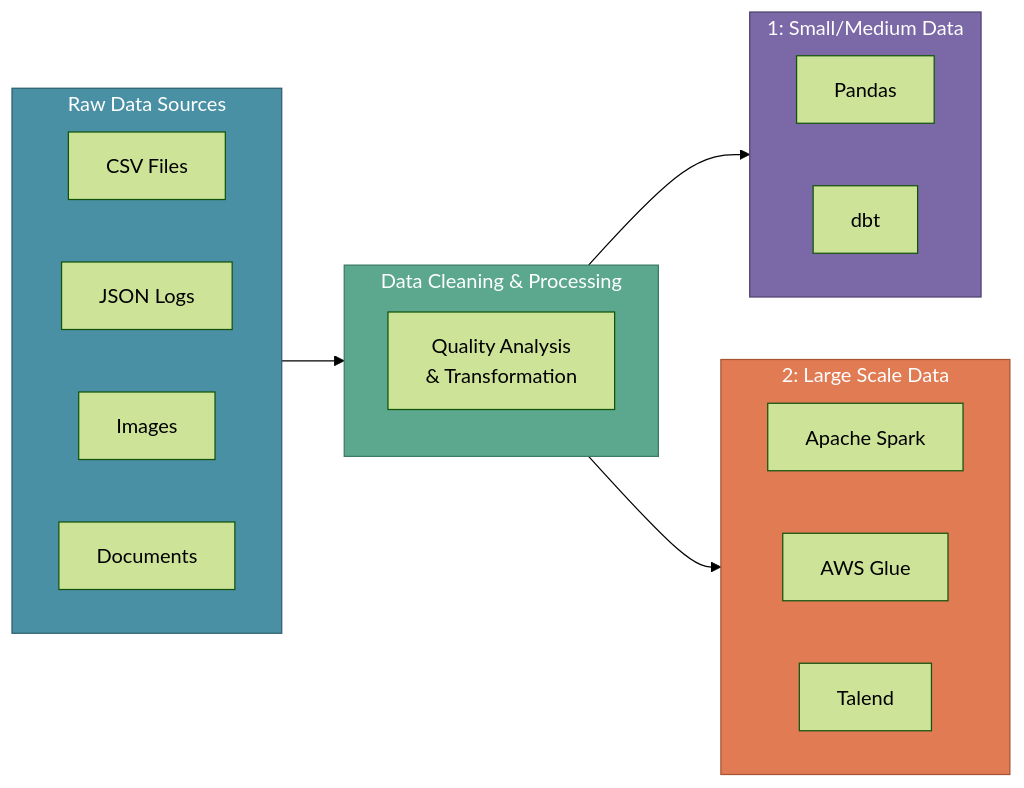
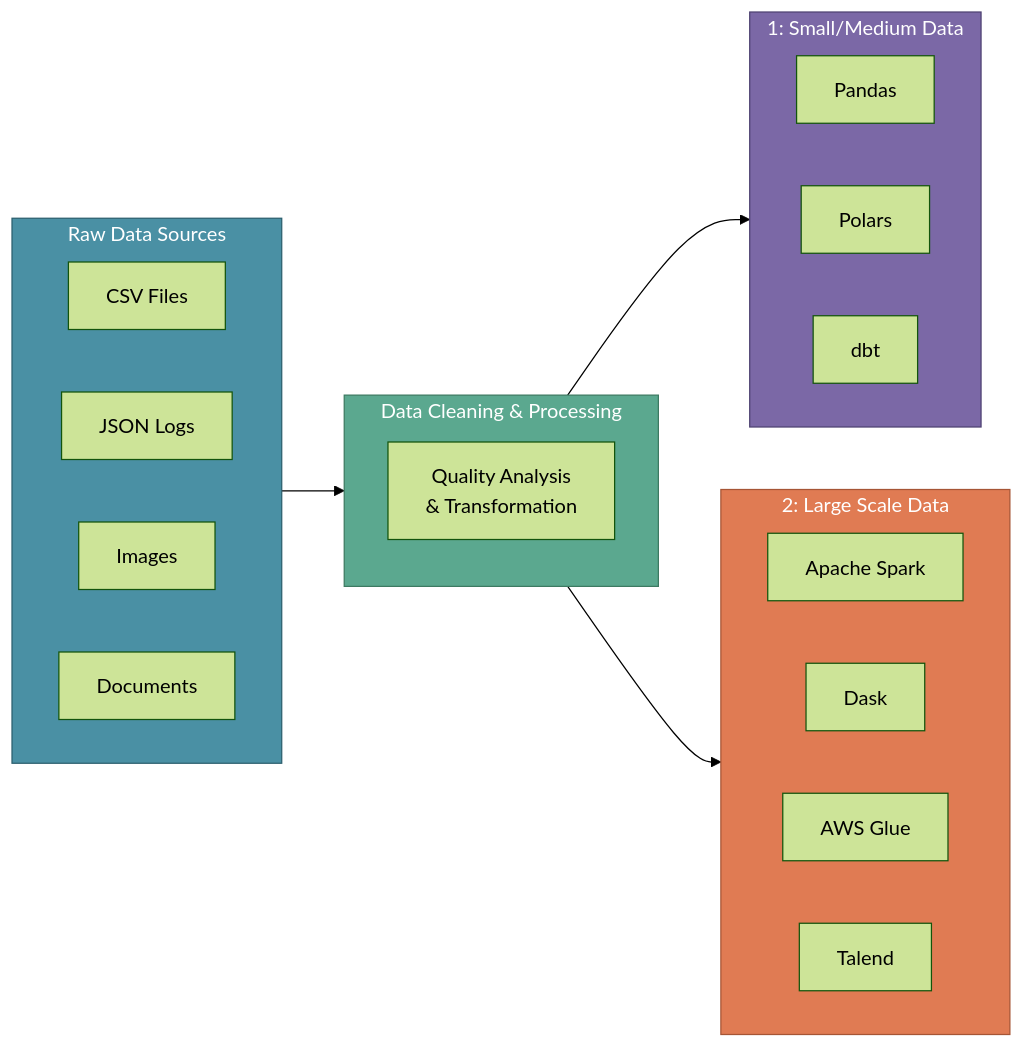
The first of 2 diagrams in docs/mlops/data-preparation/4-data-cleaning-transformation.md (vinaykagithapu/vinay.github.io), drawn with Mermaid (forest theme) before and after one commit. The commit also changed other lines of this file, not shown here.

````diff
--- a/docs/mlops/data-preparation/4-data-cleaning-transformation.md
+++ b/docs/mlops/data-preparation/4-data-cleaning-transformation.md
@@ -82,37 +82,39 @@
 ```mermaid
 flowchart LR
     subgraph Input["Raw Data Sources"]
         direction LR
         CSV[CSV Files]
         JSON[JSON Logs]
         IMG[Images]
         DOC[Documents]
     end
     
     subgraph Processing["Data Cleaning & Processing"]
         direction TB
         CLEAN[Quality Analysis<br/>& Transformation]
     end
     
     subgraph Section1["1: Small/Medium Data"]
         direction LR
         PANDAS[Pandas]
+        POLARS[Polars]
         DBT[dbt]
     end
     
     subgraph Section2["2: Large Scale Data"]
         direction LR
         SPARK[Apache Spark]
+        DASK[Dask]
         GLUE[AWS Glue]
         TALEND[Talend]
     end
     
     Input --> Processing
     Processing --> Section1
     Processing --> Section2
     
     style Input fill:#4A90A4,stroke:#2C5F6E,color:#fff
     style Processing fill:#5BA88F,stroke:#3D7A62,color:#fff
     style Section1 fill:#7B68A6,stroke:#4E4272,color:#fff
     style Section2 fill:#E07B53,stroke:#A65535,color:#fff
 ```
````
